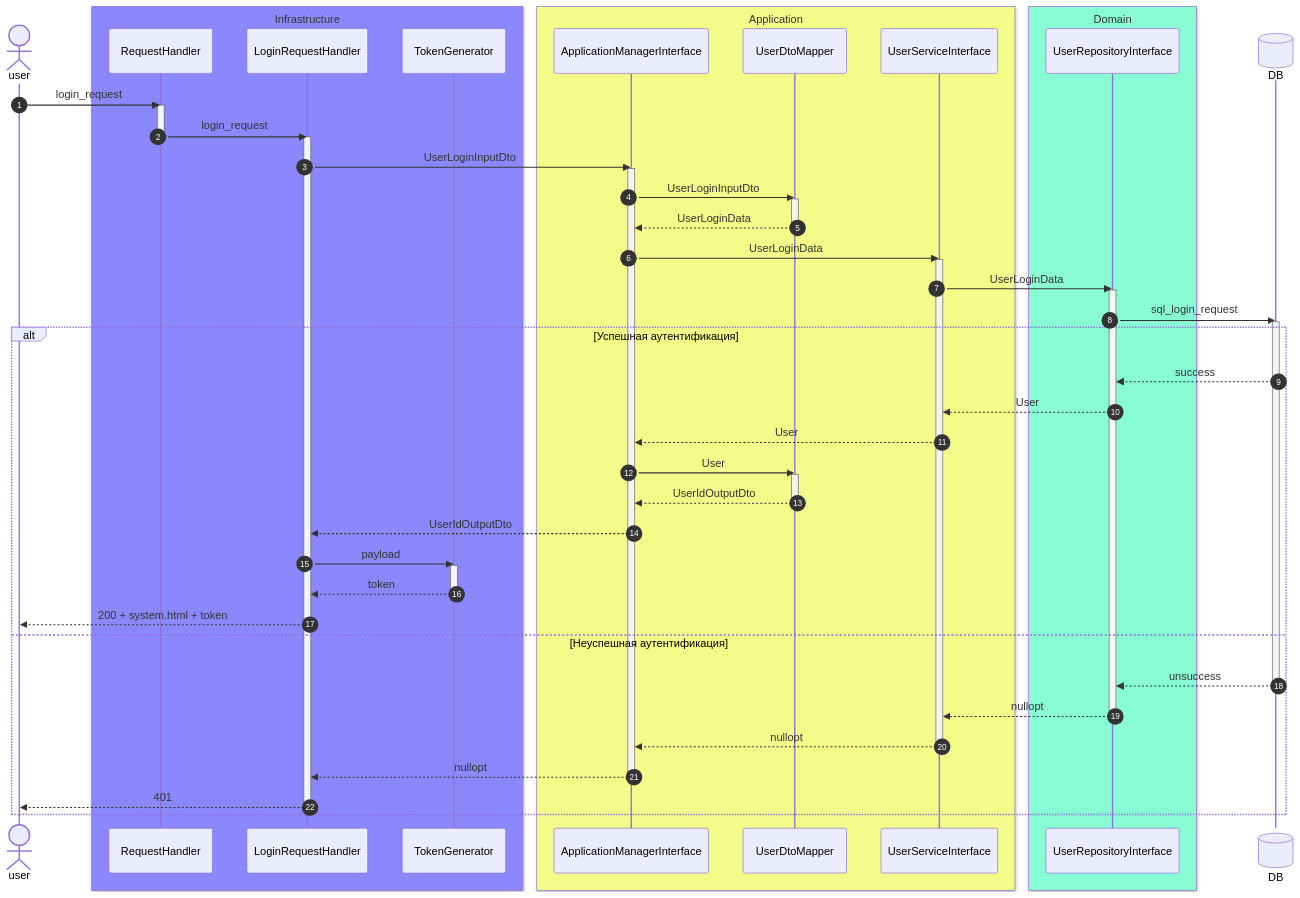
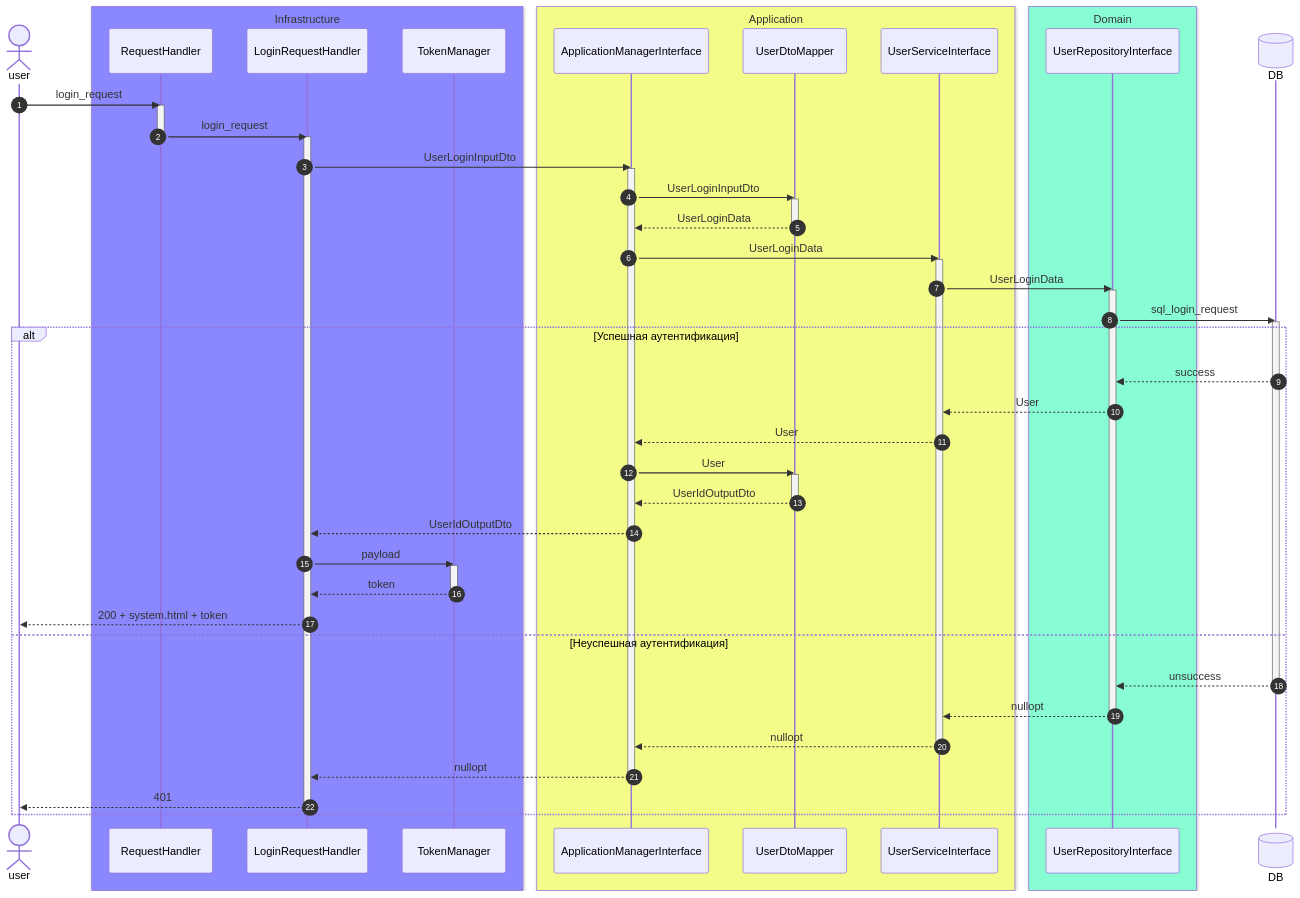
Before and after one commit to DRUsmanov/the_system_project: diagram 12 of 15 in README.md, drawn with Mermaid. The commit also changed other lines of this file, not shown here.

```diff
--- a/README.md
+++ b/README.md
@@ -428,7 +429,7 @@
 box rgb(138, 136, 252) Infrastructure
 participant RequestHandler
 participant LoginRequestHandler
-participant TokenGenerator
+participant TokenManager
 end
 
 box rgb(243, 252, 136) Application
@@ -483,11 +484,11 @@
 deactivate UserDtoMapper
 
 ApplicationManagerInterface -->> LoginRequestHandler: UserIdOutputDto
-LoginRequestHandler ->> TokenGenerator: payload
+LoginRequestHandler ->> TokenManager: payload
 
-activate TokenGenerator
-TokenGenerator -->> LoginRequestHandler: token
-deactivate TokenGenerator
+activate TokenManager
+TokenManager -->> LoginRequestHandler: token
+deactivate TokenManager
 LoginRequestHandler -->> user: 200 + system.html + token
 
 else Неуспешная аутентификация
```
